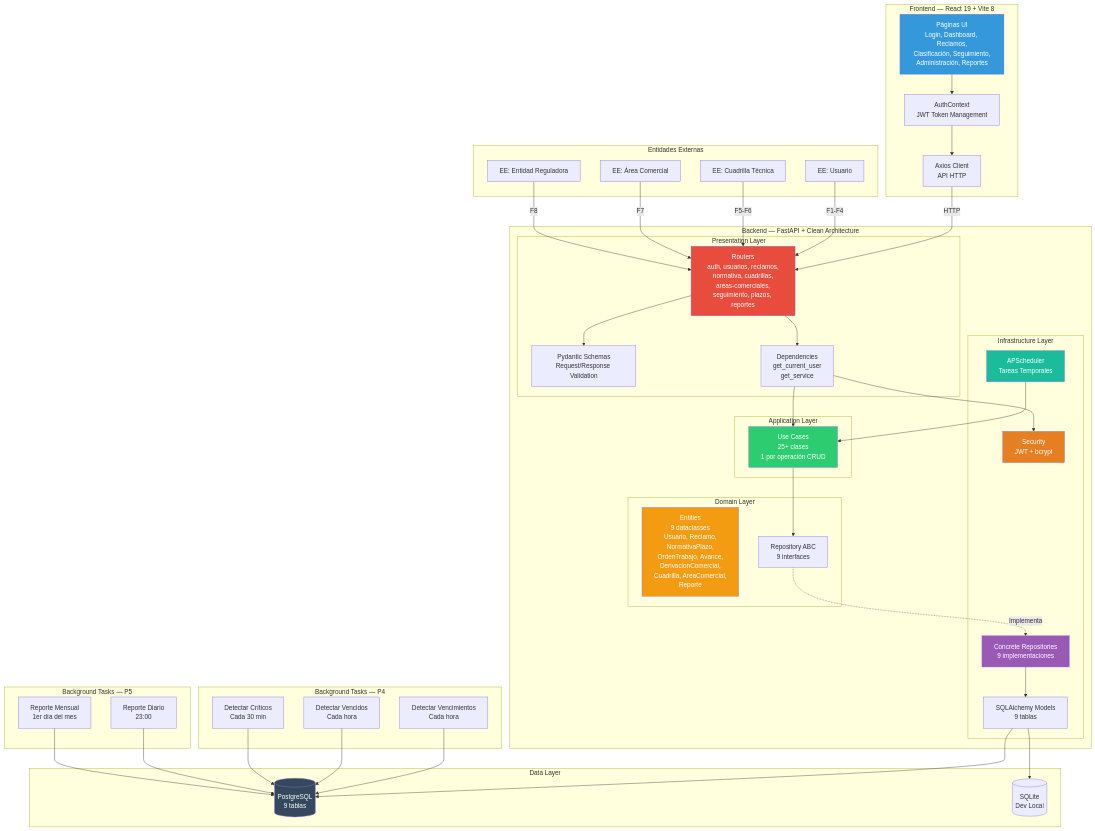
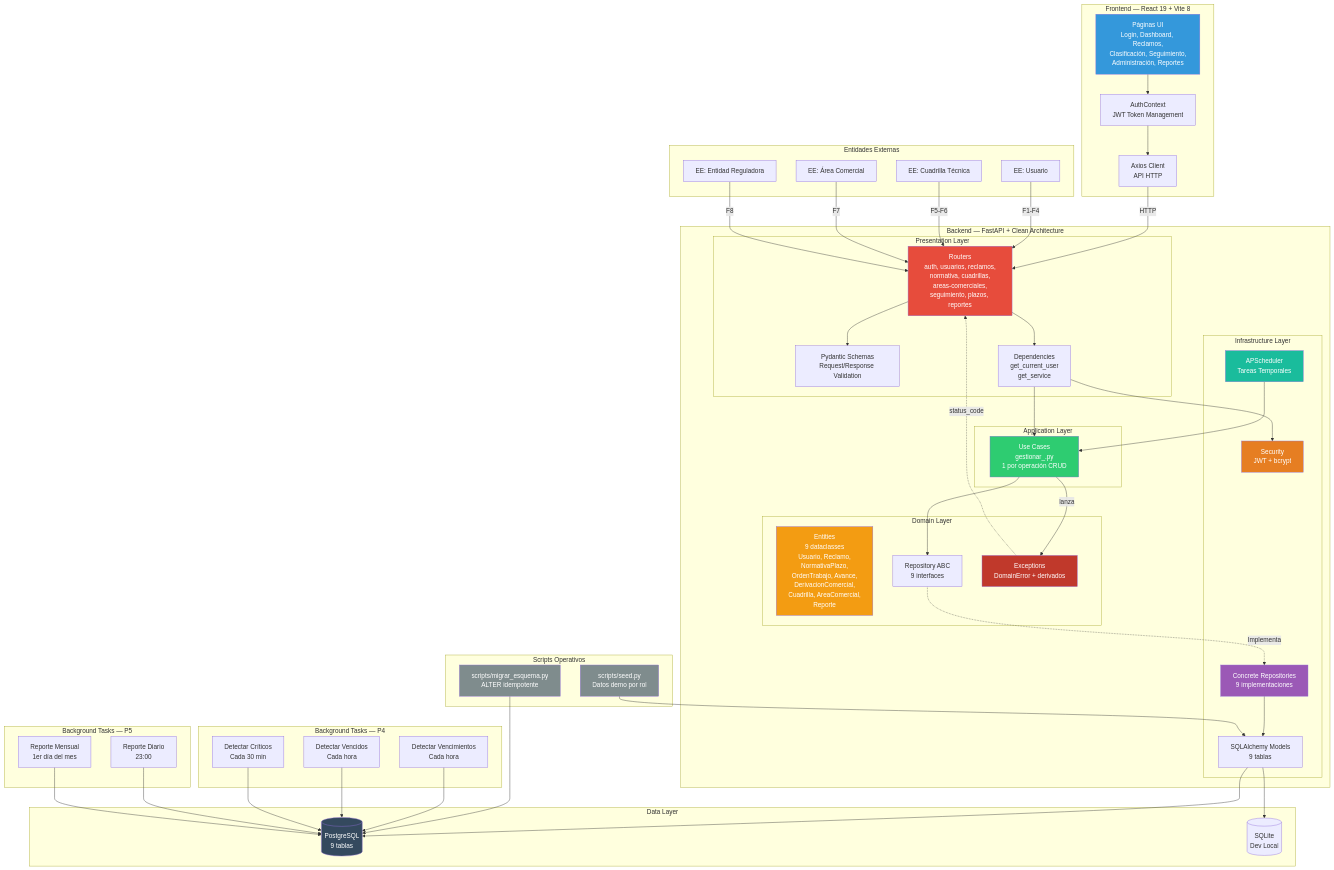
Before and after one commit to RafaelReyes0816/atencion-reclamos-serv-basic-backend: the first of 5 diagrams in docs/ARQUITECTURA.md, drawn with Mermaid. The commit also changed other lines of this file and 92 other files, not shown here.

````diff
--- a/docs/ARQUITECTURA.md
+++ b/docs/ARQUITECTURA.md
@@ -18,12 +18,13 @@
         end
 
         subgraph "Application Layer"
-            UseCases[Use Cases<br/>25+ clases<br/>1 por operación CRUD]
+            UseCases[Use Cases<br/>gestionar_<entidad>.py<br/>1 por operación CRUD]
         end
 
         subgraph "Domain Layer"
             Entities[Entities<br/>9 dataclasses<br/>Usuario, Reclamo,<br/>NormativaPlazo,<br/>OrdenTrabajo, Avance,<br/>DerivacionComercial,<br/>Cuadrilla, AreaComercial,<br/>Reporte]
             Interfaces[Repository ABC<br/>9 interfaces]
+            Exceptions[Exceptions<br/>DomainError + derivados]
         end
 
         subgraph "Infrastructure Layer"
@@ -37,6 +38,11 @@
     subgraph "Data Layer"
         PostgreSQL[(PostgreSQL<br/>9 tablas)]
         SQLite[(SQLite<br/>Dev Local)]
+    end
+
+    subgraph "Scripts Operativos"
+        Seeds[scripts/seed.py<br/>Datos demo por rol]
+        Migrate[scripts/migrar_esquema.py<br/>ALTER idempotente]
     end
 
     subgraph "Entidades Externas"
@@ -73,6 +79,12 @@
     Dependencies --> Security
     Scheduler --> UseCases
 
+    UseCases -->|lanza| Exceptions
+    Exceptions -.->|status_code| Routes
+
+    Seeds --> ORM
+    Migrate --> PostgreSQL
+
     EE1 -->|F1-F4| Routes
     EE2 -->|F5-F6| Routes
     EE3 -->|F7| Routes
@@ -92,4 +104,7 @@
     style PostgreSQL fill:#34495e,color:#fff
     style Security fill:#e67e22,color:#fff
     style Scheduler fill:#1abc9c,color:#fff
+    style Exceptions fill:#c0392b,color:#fff
+    style Migrate fill:#7f8c8d,color:#fff
+    style Seeds fill:#7f8c8d,color:#fff
 ```
````
